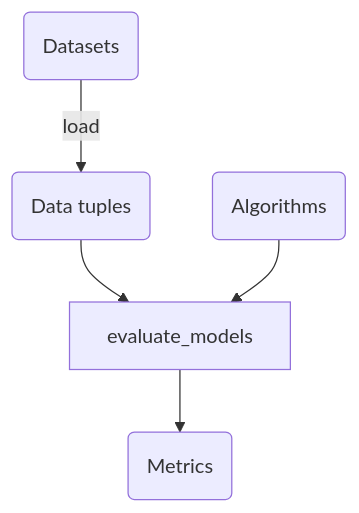
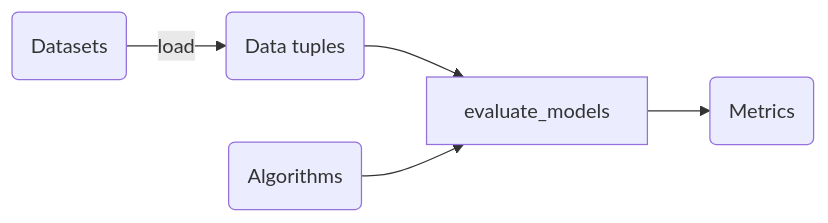
The diagram in README.md (wearepal/EthicML), drawn with Mermaid before and after one commit.

Commit message:
Make diagram LR (left-right) instead of TD (top-down)

````diff
--- a/README.md
+++ b/README.md
@@ -59,7 +59,7 @@
 ```mermaid
-flowchart TD
+flowchart LR
     A(Datasets) -- load --> B(Data tuples);
     B --> C[evaluate_models];
     G(Algorithms) --> C;
     C --> D(Metrics);
 ```
````
